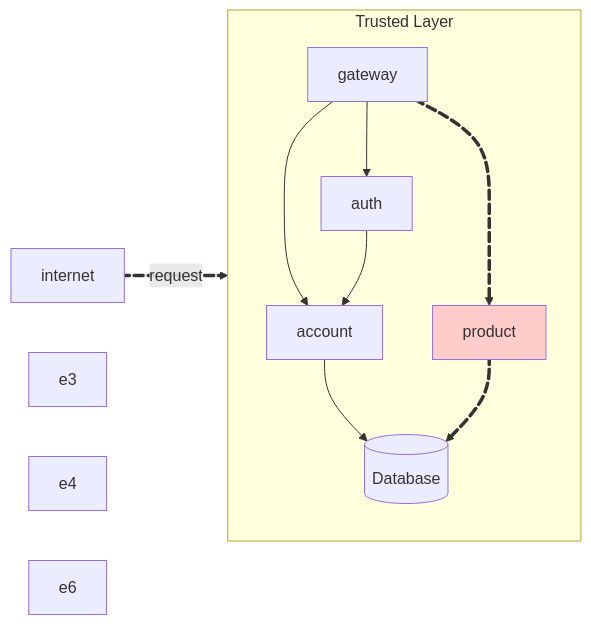
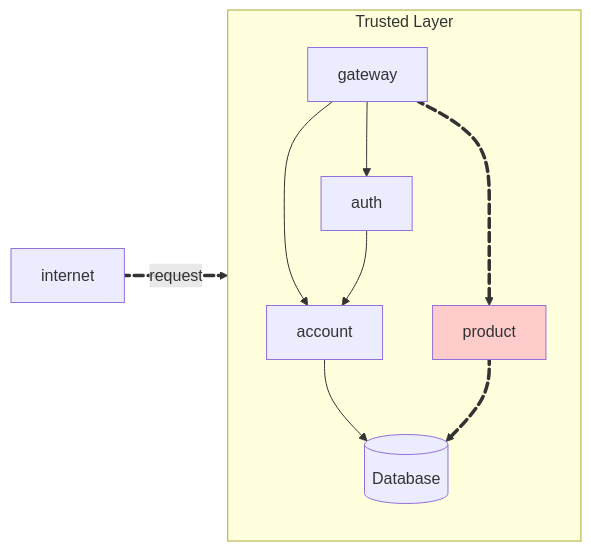
One commit to Joao-Pedro-Queiroz/pma_apis_docs changed the second of 2 diagrams in docs/productapi/main.md. Above: the diagram before and after it, drawn with Mermaid. The commit also changed other lines of this file, not shown here.

````diff
--- a/docs/productapi/main.md
+++ b/docs/productapi/main.md
@@ -16,21 +84,18 @@
 ``` mermaid
 flowchart LR
     subgraph api [Trusted Layer]
         direction TB
         gateway --> account
         gateway --> auth
         account --> db@{ shape: cyl, label: "Database" }
         auth --> account
         gateway e5@==> product:::red
         product e2@==> db
     end
     internet e1@==>|request| gateway
     e1@{ animate: true }
     e2@{ animate: true }
-    e3@{ animate: true }
-    e4@{ animate: true }
     e5@{ animate: true }
-    e6@{ animate: true }
     classDef red fill:#fcc
     click product "#product-api" "Product API"
 ```
````
